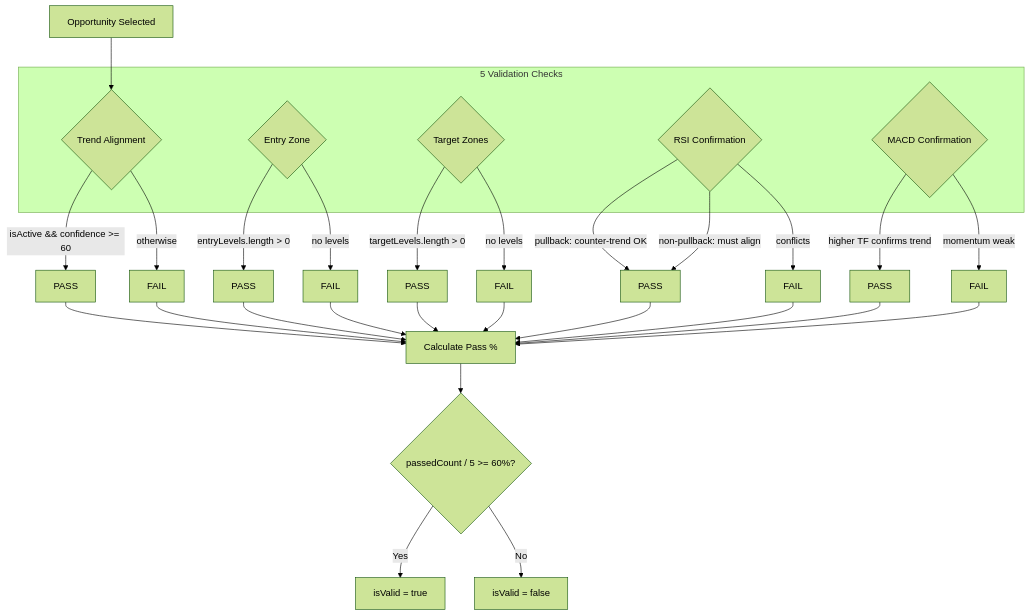
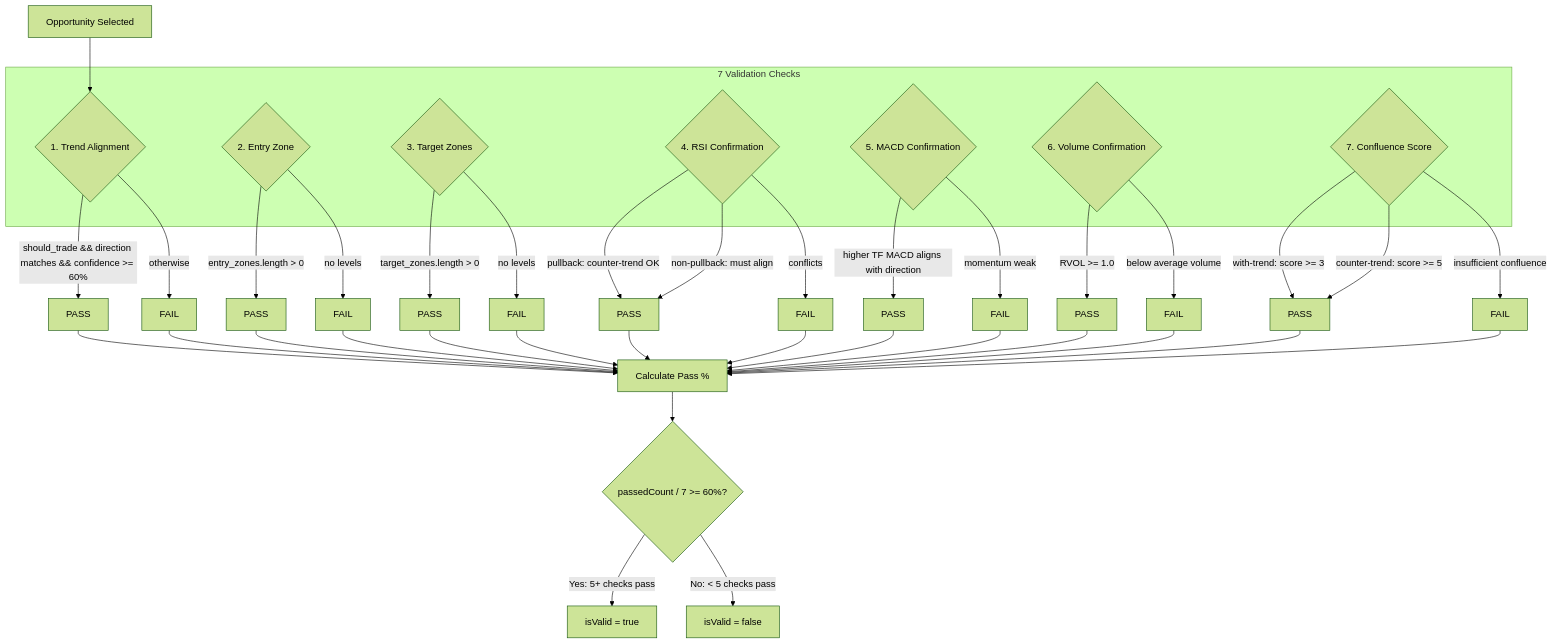
One commit to NeelThan/trader changed the ninth of 15 diagrams in docs/frontend/workflow-v2-architecture.md. Above: the diagram before and after it, drawn with Mermaid (forest theme). The commit also changed other lines of this file and 2 other files, not shown here.

Commit message:
docs: update documentation to reflect 7-check validation system
The /workflow/validate endpoint implements 7 checks, not 5:
1. Trend Alignment (HTF/LTF alignment, direction, confidence >= 60%)
2. Entry Zone (Fibonacci retracement levels exist)
3. Target Zones (Fibonacci extension levels exist)
4. RSI Confirmation (pullback vs standard logic)
5. MACD Confirmation (higher TF alignment)
6. Volume Confirmation (RVOL >= 1.0)
7. Confluence Score (>= 3 with-trend, >= 5 counter-trend)

Updated files:
- PLAN.md: Mark validation as implemented, update gaps section
- workflow-v2-architecture.md: Update diagrams, types, API table
- workflow-v2-design.md: Rewrite Rule 7 with complete check table

🤖 Generated with [Claude Code](https://claude.com/claude-code)

````diff
--- a/docs/frontend/workflow-v2-architecture.md
+++ b/docs/frontend/workflow-v2-architecture.md
@@ -509,35 +509,44 @@
 ```mermaid
 flowchart TD
     START[Opportunity Selected] --> C1
 
-    subgraph Checks["5 Validation Checks"]
-        C1{Trend Alignment}
-        C2{Entry Zone}
-        C3{Target Zones}
-        C4{RSI Confirmation}
-        C5{MACD Confirmation}
+    subgraph Checks["7 Validation Checks"]
+        C1{1. Trend Alignment}
+        C2{2. Entry Zone}
+        C3{3. Target Zones}
+        C4{4. RSI Confirmation}
+        C5{5. MACD Confirmation}
+        C6{6. Volume Confirmation}
+        C7{7. Confluence Score}
     end
 
-    C1 -->|isActive && confidence >= 60| P1[PASS]
+    C1 -->|should_trade && direction matches && confidence >= 60%| P1[PASS]
     C1 -->|otherwise| F1[FAIL]
 
-    C2 -->|entryLevels.length > 0| P2[PASS]
+    C2 -->|entry_zones.length > 0| P2[PASS]
     C2 -->|no levels| F2[FAIL]
 
-    C3 -->|targetLevels.length > 0| P3[PASS]
+    C3 -->|target_zones.length > 0| P3[PASS]
     C3 -->|no levels| F3[FAIL]
 
     C4 -->|pullback: counter-trend OK| P4[PASS]
     C4 -->|non-pullback: must align| P4
     C4 -->|conflicts| F4[FAIL]
 
-    C5 -->|higher TF confirms trend| P5[PASS]
+    C5 -->|higher TF MACD aligns with direction| P5[PASS]
     C5 -->|momentum weak| F5[FAIL]
 
-    P1 & P2 & P3 & P4 & P5 --> CALC[Calculate Pass %]
-    F1 & F2 & F3 & F4 & F5 --> CALC
+    C6 -->|RVOL >= 1.0| P6[PASS]
+    C6 -->|below average volume| F6[FAIL]
 
-    CALC --> CHECK{passedCount / 5 >= 60%?}
-    CHECK -->|Yes| VALID[isValid = true]
-    CHECK -->|No| INVALID[isValid = false]
+    C7 -->|with-trend: score >= 3| P7[PASS]
+    C7 -->|counter-trend: score >= 5| P7
+    C7 -->|insufficient confluence| F7[FAIL]
+
+    P1 & P2 & P3 & P4 & P5 & P6 & P7 --> CALC[Calculate Pass %]
+    F1 & F2 & F3 & F4 & F5 & F6 & F7 --> CALC
+
+    CALC --> CHECK{passedCount / 7 >= 60%?}
+    CHECK -->|Yes: 5+ checks pass| VALID[isValid = true]
+    CHECK -->|No: < 5 checks pass| INVALID[isValid = false]
 ```
````
